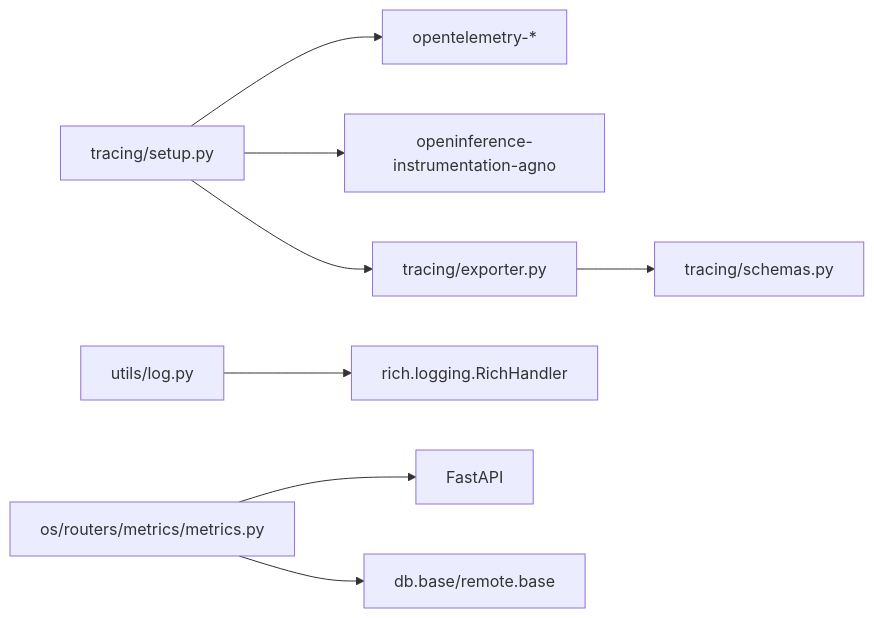
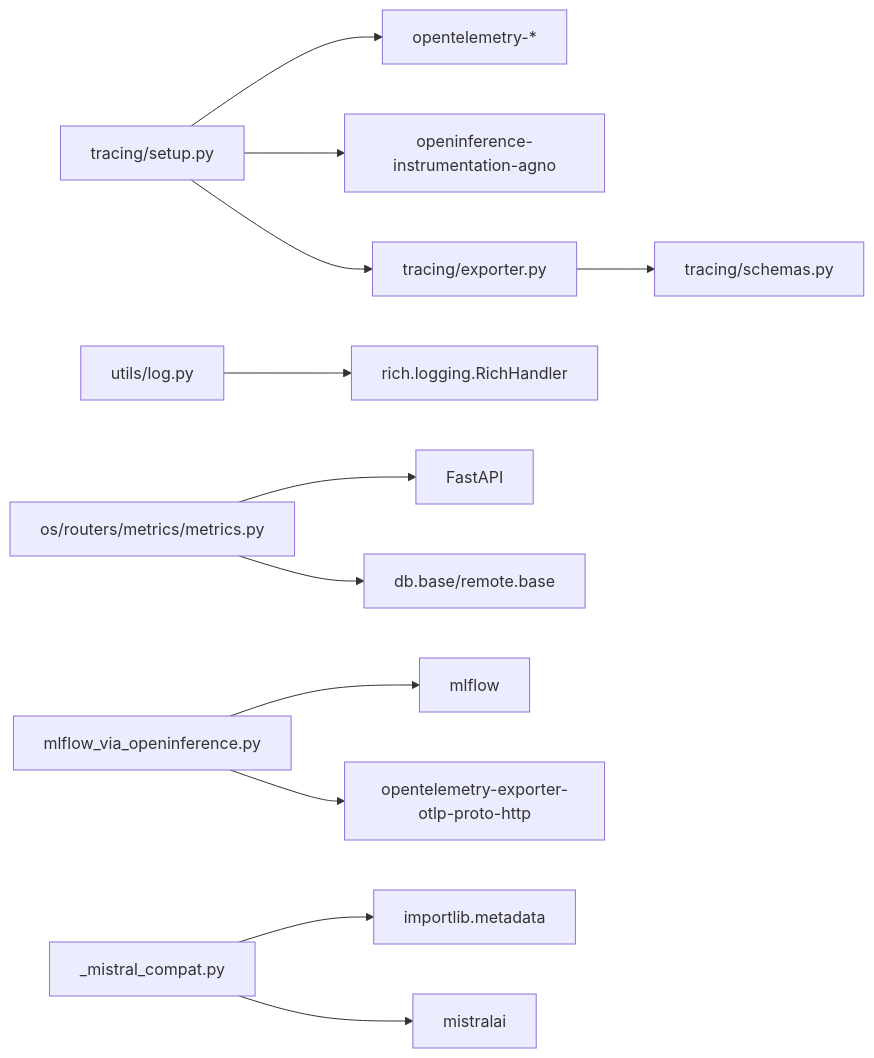
Diagram 12 of 12 in .qoder/repowiki/zh/content/集成工具/可观测性集成.md (defulat-coder/agno-learn), drawn with Mermaid before and after one commit. The commit also changed other lines of this file and 1683 other files, not shown here.

````diff
--- a/.qoder/repowiki/zh/content/集成工具/可观测性集成.md
+++ b/.qoder/repowiki/zh/content/集成工具/可观测性集成.md
@@ -407,10 +499,14 @@
 ```mermaid
 graph LR
 A["tracing/setup.py"] --> B["opentelemetry-*"]
 A --> C["openinference-instrumentation-agno"]
 A --> D["tracing/exporter.py"]
 D --> E["tracing/schemas.py"]
 F["utils/log.py"] --> G["rich.logging.RichHandler"]
 H["os/routers/metrics/metrics.py"] --> I["FastAPI"]
 H --> J["db.base/remote.base"]
+K["mlflow_via_openinference.py"] --> L["mlflow"]
+K --> M["opentelemetry-exporter-otlp-proto-http"]
+N["_mistral_compat.py"] --> O["importlib.metadata"]
+N --> P["mistralai"]
 ```
````
